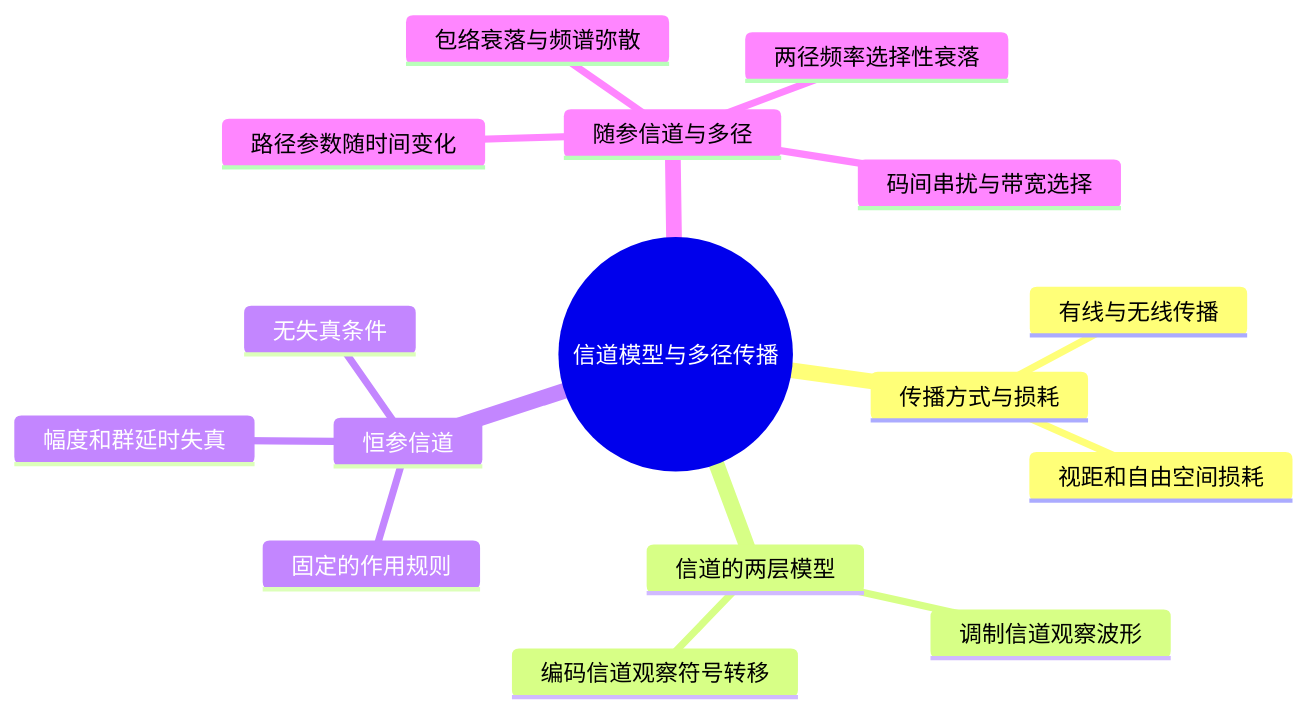
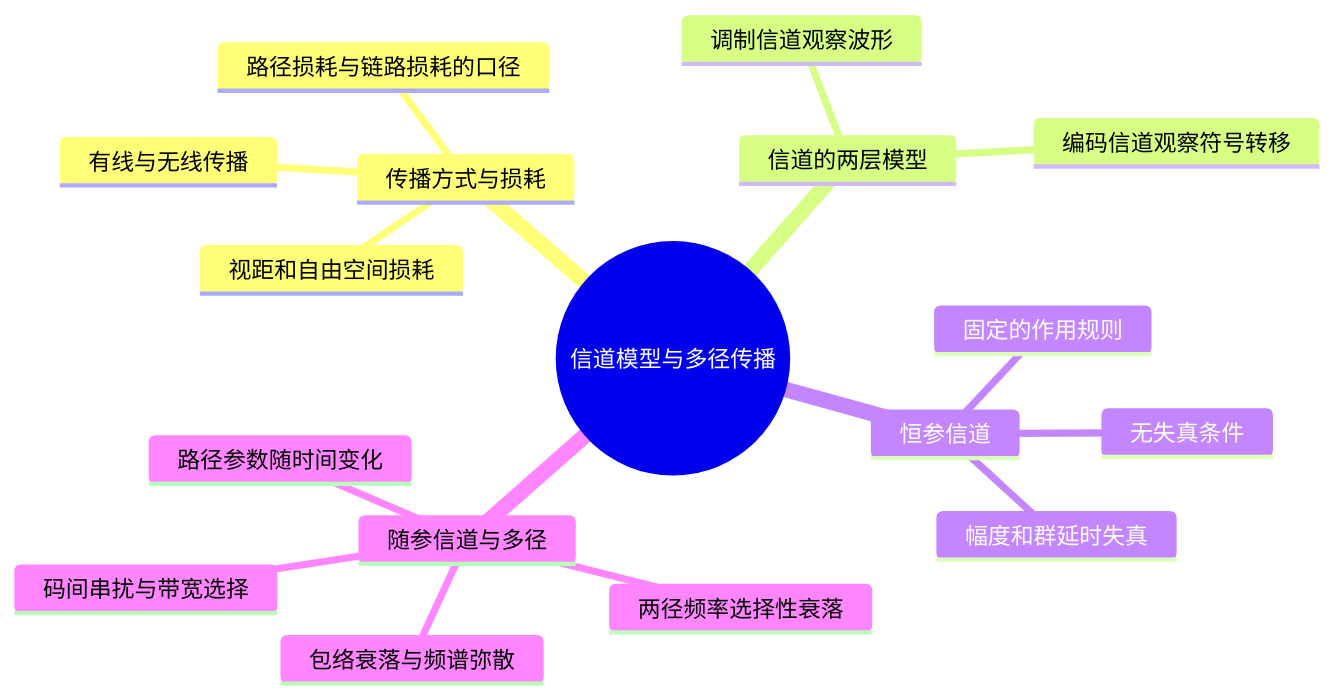
Before and after one commit to 3280441136-lab/My_Obsidian_Notes: the first of 2 diagrams in 学习/学校课程/通信原理（3学分）/第3章 08 第8课 信道模型与多径传播.md, drawn with Mermaid. The commit also changed other lines of this file and 177 other files, not shown here.

````diff
--- a/学习/学校课程/通信原理（3学分）/第3章 08 第8课 信道模型与多径传播.md
+++ b/学习/学校课程/通信原理（3学分）/第3章 08 第8课 信道模型与多径传播.md
@@ -5,19 +5,20 @@
 ```mermaid
 mindmap
   root((信道模型与多径传播))
     传播方式与损耗
       有线与无线传播
       视距和自由空间损耗
+      路径损耗与链路损耗的口径
     信道的两层模型
       调制信道观察波形
       编码信道观察符号转移
     恒参信道
       固定的作用规则
       无失真条件
       幅度和群延时失真
     随参信道与多径
       路径参数随时间变化
       包络衰落与频谱弥散
       两径频率选择性衰落
       码间串扰与带宽选择
 ```
````
